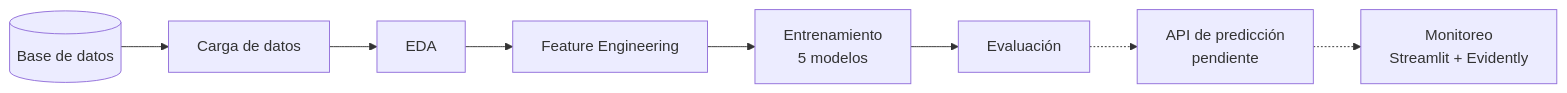
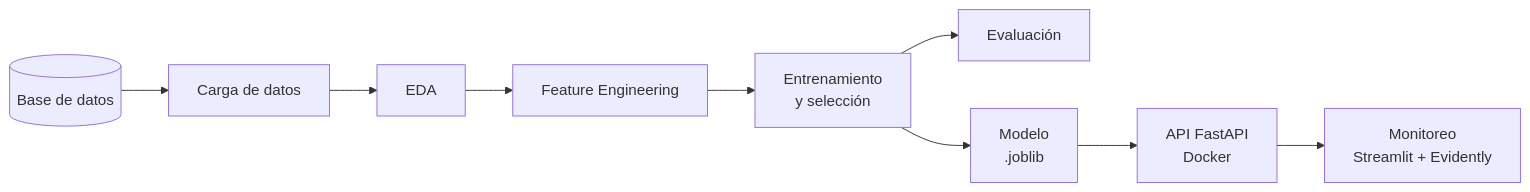
Before and after one commit to VaninaCavallin/Credit-Scoring-mlops: the diagram in README.md, drawn with Mermaid. The commit also changed other lines of this file and 10 other files, not shown here.

First line of the commit message:
Completar pipeline: modelo sin fuga de datos, evaluación, API, Docker y monitoreo

````diff
--- a/README.md
+++ b/README.md
@@ -118,10 +153,11 @@
 ```mermaid
 flowchart LR
 A[(Base de datos)] --> B[Carga de datos]
 B --> C[EDA]
 C --> D[Feature Engineering]
-D --> E[Entrenamiento<br>5 modelos]
+D --> E[Entrenamiento<br>y selección]
 E --> F[Evaluación]
-F -.-> G[API de predicción<br>pendiente]
-G -.-> H[Monitoreo<br>Streamlit + Evidently]
+E --> G[Modelo<br>.joblib]
+G --> H[API FastAPI<br>Docker]
+H --> I[Monitoreo<br>Streamlit + Evidently]
 ```
````
